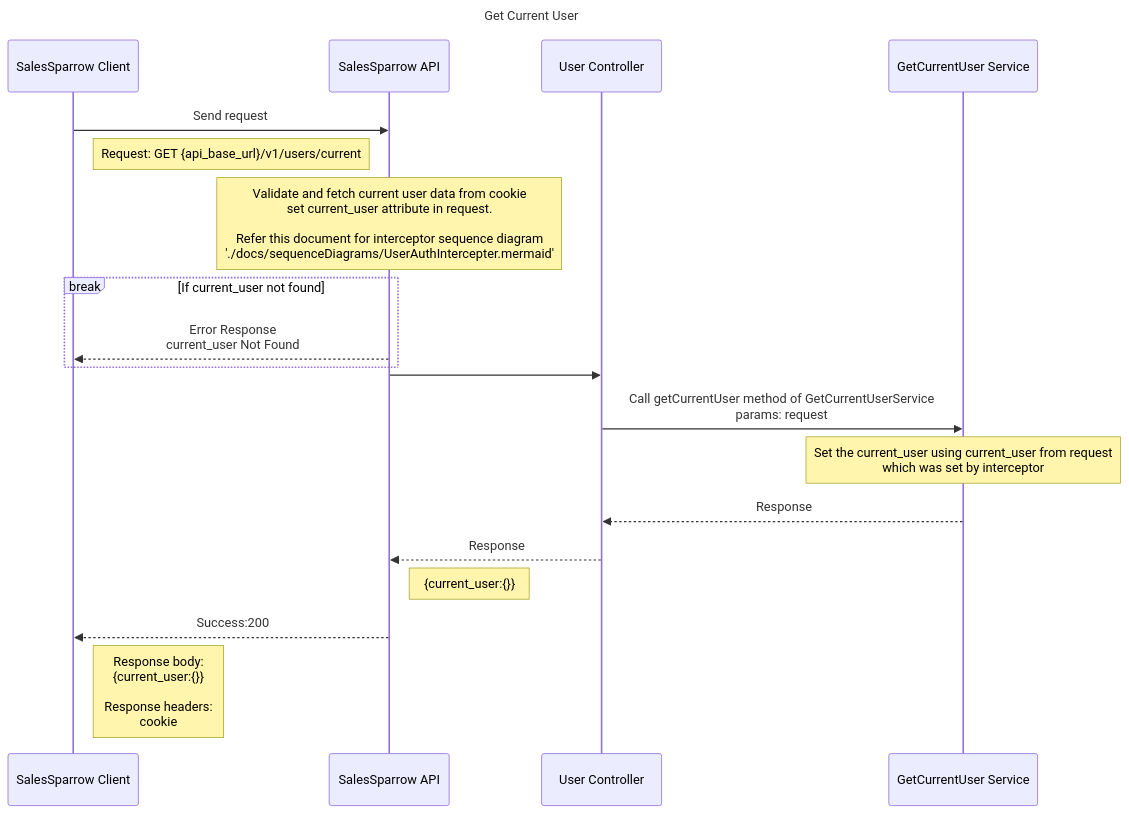
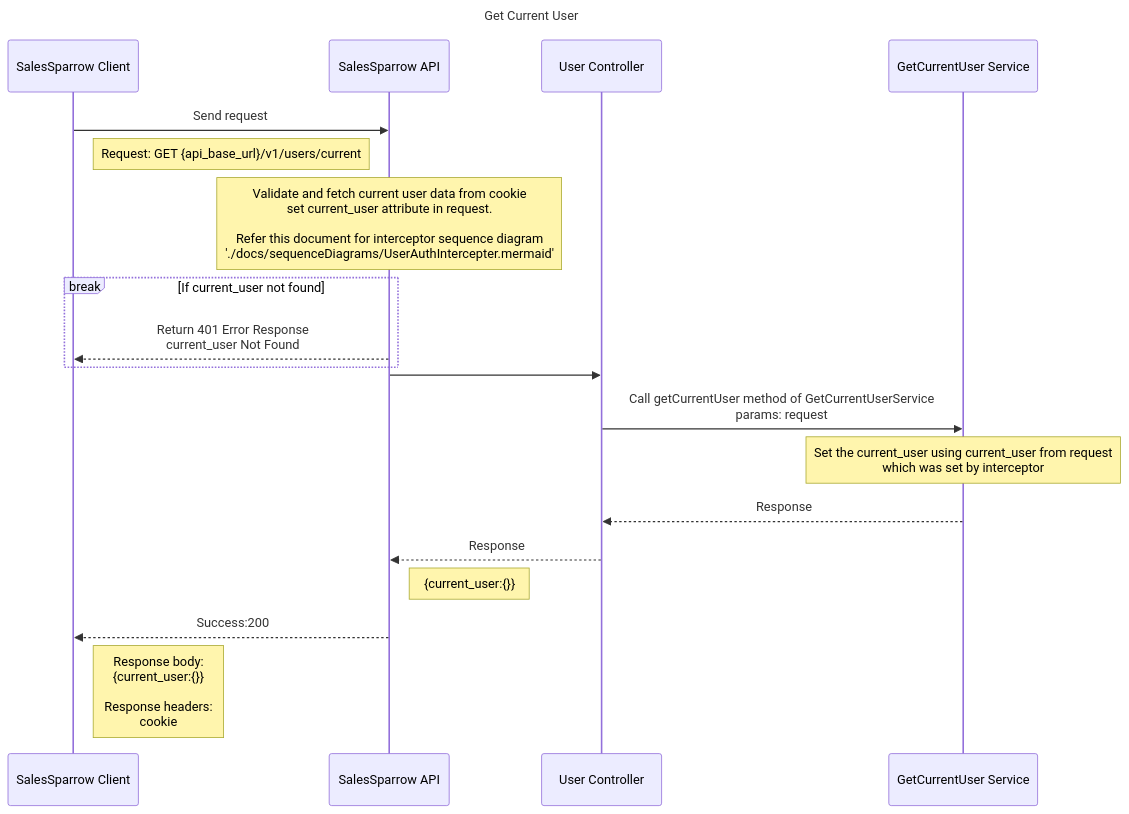
Before and after one commit to TrueSparrowSystems/AI-SalesSparrow-Docs: the diagram in sequenceDiagrams/User/GetCurrentUser.mermaid, drawn with Mermaid. The commit also changed 2 other files, not shown here.

Commit message:
Updated sequence diagram with error codes.

```diff
--- a/sequenceDiagrams/User/GetCurrentUser.mermaid
+++ b/sequenceDiagrams/User/GetCurrentUser.mermaid
@@ -1,26 +1,26 @@
 sequenceDiagram
   title Get Current User
     participant ui as SalesSparrow Client
     participant api as SalesSparrow API
     participant controller as User Controller
     participant service as GetCurrentUser Service
 
     ui->>api:  Send request 
     note right of ui: Request: GET {api_base_url}/v1/users/current
 
     note over api: Validate and fetch current user data from cookie<br>set current_user attribute in request.<br><br>Refer this document for interceptor sequence diagram <br> './docs/sequenceDiagrams/UserAuthIntercepter.mermaid'
     break If current_user not found
-        api-->>ui: Error Response<br>current_user Not Found
+      api-->>ui: Return 401 Error Response<br>current_user Not Found
     end
 
     api->>controller: 
     
     controller->>service: Call getCurrentUser method of GetCurrentUserService<br> params: request
     note over service: Set the current_user using current_user from request<br>which was set by interceptor 
 
     service-->> controller: Response
     controller-->>api: Response
     note right of api: {current_user:{}}
 
     api-->>ui: Success:200
     note right of ui: Response body: <br> {current_user:{}}<br><br>Response headers:<br> cookie 
```
